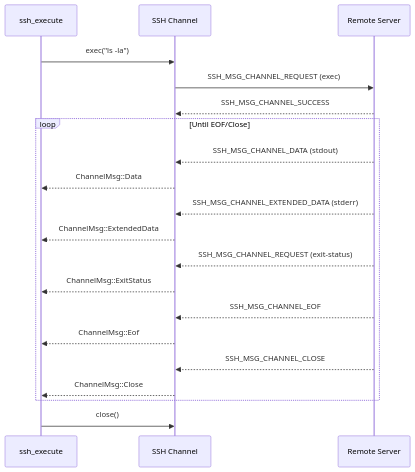
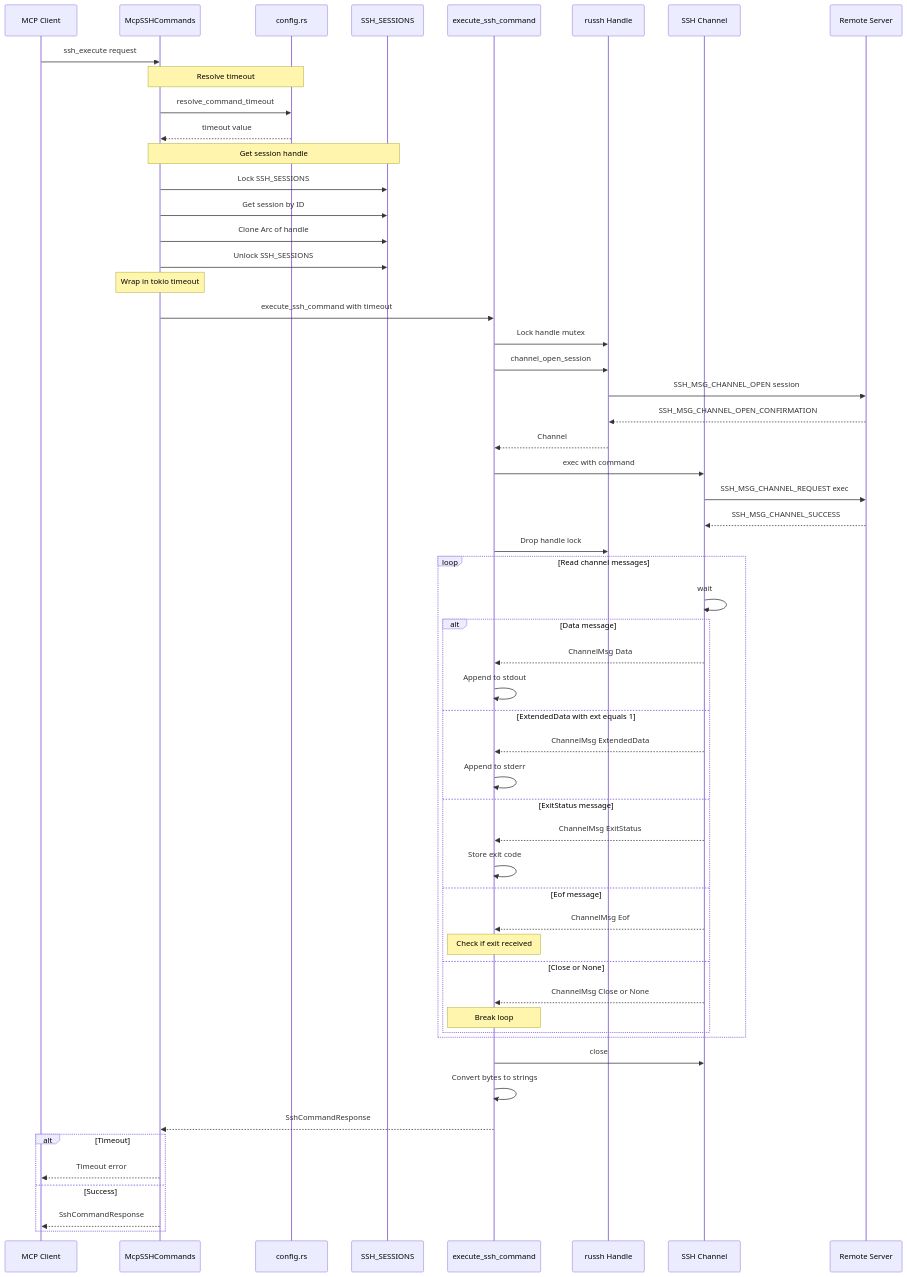
Before and after one commit to farchanjo/ssh-mcp: the seventh of 14 diagrams in docs/FLOWS.md, drawn with Mermaid. The commit also changed other lines of this file, not shown here.

First line of the commit message:
docs(flows): update sequence diagrams for russh refactor

````diff
--- a/docs/FLOWS.md
+++ b/docs/FLOWS.md
@@ -317,29 +290,68 @@
 ```mermaid
 sequenceDiagram
-    participant Client as ssh_execute
+    participant Client as MCP Client
+    participant Cmd as McpSSHCommands
+    participant Config as config.rs
+    participant Store as SSH_SESSIONS
+    participant Exec as execute_ssh_command
+    participant Handle as russh Handle
     participant Channel as SSH Channel
     participant Server as Remote Server
 
-    Client->>Channel: exec("ls -la")
-    Channel->>Server: SSH_MSG_CHANNEL_REQUEST (exec)
+    Client->>Cmd: ssh_execute request
+
+    Note over Cmd,Config: Resolve timeout
+    Cmd->>Config: resolve_command_timeout
+    Config-->>Cmd: timeout value
+
+    Note over Cmd,Store: Get session handle
+    Cmd->>Store: Lock SSH_SESSIONS
+    Cmd->>Store: Get session by ID
+    Cmd->>Store: Clone Arc of handle
+    Cmd->>Store: Unlock SSH_SESSIONS
+
+    Note over Cmd: Wrap in tokio timeout
+    Cmd->>Exec: execute_ssh_command with timeout
+
+    Exec->>Handle: Lock handle mutex
+    Exec->>Handle: channel_open_session
+    Handle->>Server: SSH_MSG_CHANNEL_OPEN session
+    Server-->>Handle: SSH_MSG_CHANNEL_OPEN_CONFIRMATION
+    Handle-->>Exec: Channel
+
+    Exec->>Channel: exec with command
+    Channel->>Server: SSH_MSG_CHANNEL_REQUEST exec
     Server-->>Channel: SSH_MSG_CHANNEL_SUCCESS
 
-    loop Until EOF/Close
-        Server-->>Channel: SSH_MSG_CHANNEL_DATA (stdout)
-        Channel-->>Client: ChannelMsg::Data
+    Exec->>Handle: Drop handle lock
 
-        Server-->>Channel: SSH_MSG_CHANNEL_EXTENDED_DATA (stderr)
-        Channel-->>Client: ChannelMsg::ExtendedData
-
-        Server-->>Channel: SSH_MSG_CHANNEL_REQUEST (exit-status)
-        Channel-->>Client: ChannelMsg::ExitStatus
-
-        Server-->>Channel: SSH_MSG_CHANNEL_EOF
-        Channel-->>Client: ChannelMsg::Eof
-
-        Server-->>Channel: SSH_MSG_CHANNEL_CLOSE
-        Channel-->>Client: ChannelMsg::Close
+    loop Read channel messages
+        Channel->>Channel: wait
+        alt Data message
+            Channel-->>Exec: ChannelMsg Data
+            Exec->>Exec: Append to stdout
+        else ExtendedData with ext equals 1
+            Channel-->>Exec: ChannelMsg ExtendedData
+            Exec->>Exec: Append to stderr
+        else ExitStatus message
+            Channel-->>Exec: ChannelMsg ExitStatus
+            Exec->>Exec: Store exit code
+        else Eof message
+            Channel-->>Exec: ChannelMsg Eof
+            Note over Exec: Check if exit received
+        else Close or None
+            Channel-->>Exec: ChannelMsg Close or None
+            Note over Exec: Break loop
+        end
     end
 
-    Client->>Channel: close()
+    Exec->>Channel: close
+    Exec->>Exec: Convert bytes to strings
+    Exec-->>Cmd: SshCommandResponse
+
+    alt Timeout
+        Cmd-->>Client: Timeout error
+    else Success
+        Cmd-->>Client: SshCommandResponse
+    end
 ```
````
